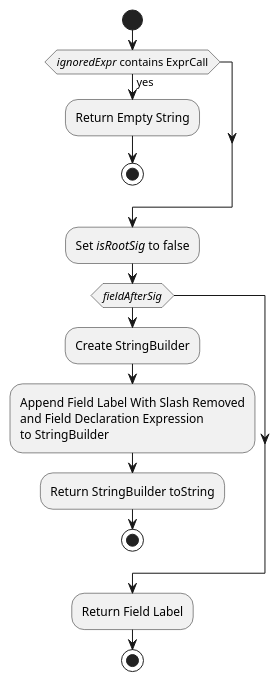
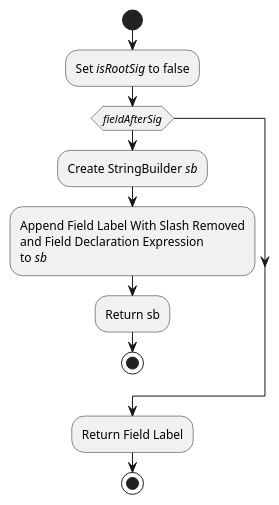
Before and after one commit to ontological-behavior-modeling/tester: the diagram in src/main/javadoc/edu/gatech/gtri/obm/alloy/translator/doc-files/ExprVisitor_visitField.puml, drawn with PlantUML. The commit also changed 12 other files, not shown here.

```diff
--- a/src/main/javadoc/edu/gatech/gtri/obm/alloy/translator/doc-files/ExprVisitor_visitField.puml
+++ b/src/main/javadoc/edu/gatech/gtri/obm/alloy/translator/doc-files/ExprVisitor_visitField.puml
@@ -1,18 +1,14 @@
 @startuml
 start
-if(//ignoredExpr// contains ExprCall) then (yes)
-:Return Empty String;
-stop
-endif
 :Set //isRootSig// to false;
 if(//fieldAfterSig//)
-:Create StringBuilder;
-:Append Field Label With Slash Removed
-and Field Declaration Expression
-to StringBuilder;
-:Return StringBuilder toString;
-stop
+	:Create StringBuilder //sb//;
+	:Append Field Label With Slash Removed
+	and Field Declaration Expression
+	to //sb//;
+	:Return sb;
+	stop
 endif
 :Return Field Label;
 stop
 @enduml
```
